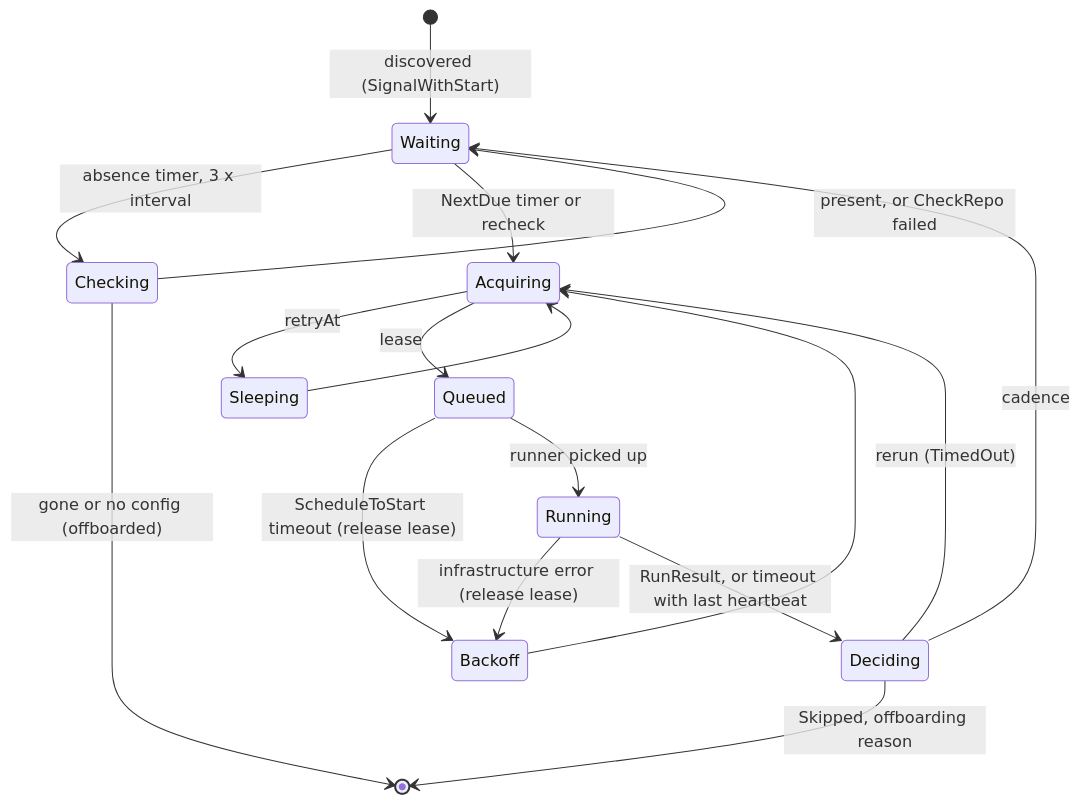
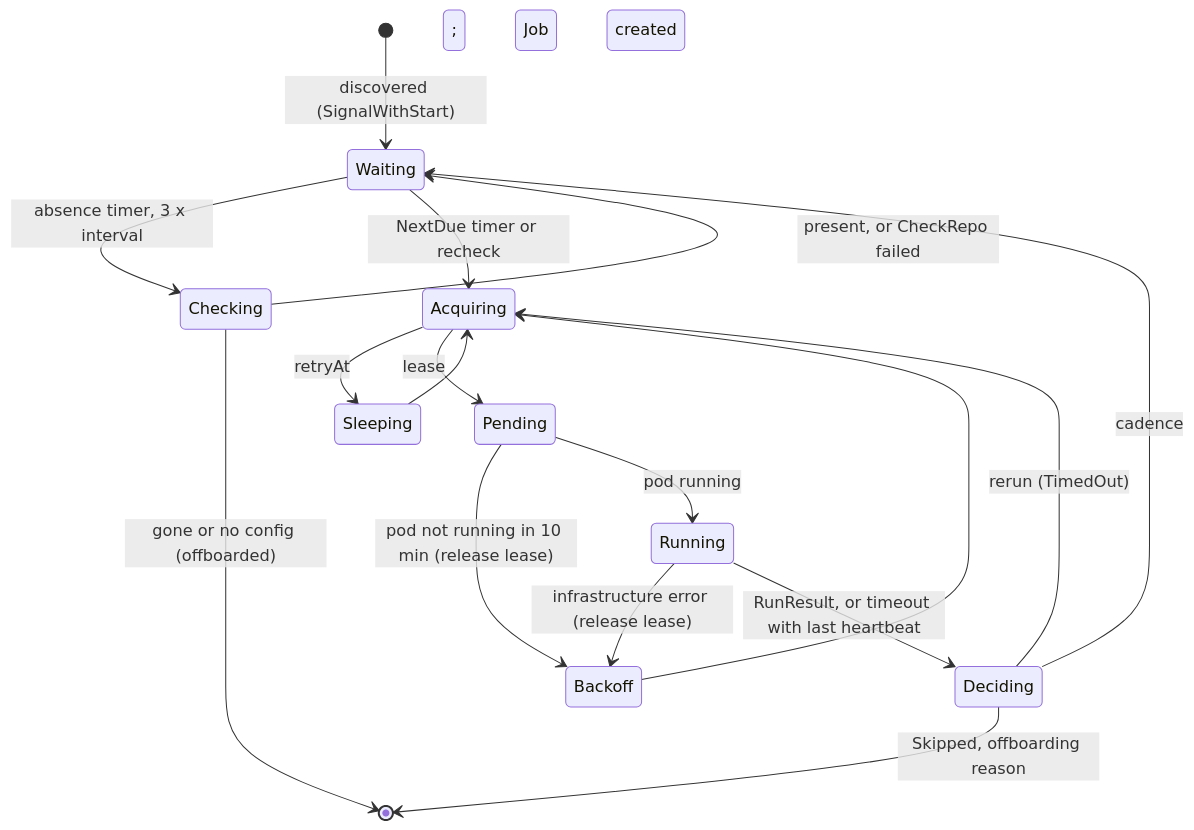
One commit to donaldgifford/boop changed the third of 4 diagrams in docs/design/0001-boopd-spike-workflows-runrenovate-activity-and-worker.md. Above: the diagram before and after it, drawn with Mermaid. The commit also changed other lines of this file and 6 other files, not shown here.

````diff
--- a/docs/design/0001-boopd-spike-workflows-runrenovate-activity-and-worker.md
+++ b/docs/design/0001-boopd-spike-workflows-runrenovate-activity-and-worker.md
@@ -353,19 +407,19 @@
 ```mermaid
 stateDiagram-v2
   [*] --> Waiting: discovered (SignalWithStart)
   Waiting --> Checking: absence timer, 3 x interval
   Checking --> Waiting: present, or CheckRepo failed
   Checking --> [*]: gone or no config (offboarded)
   Waiting --> Acquiring: NextDue timer or recheck
   Acquiring --> Sleeping: retryAt
   Sleeping --> Acquiring
-  Acquiring --> Queued: lease
-  Queued --> Backoff: ScheduleToStart timeout (release lease)
-  Queued --> Running: runner picked up
+  Acquiring --> Pending: lease; Job created
+  Pending --> Backoff: pod not running in 10 min (release lease)
+  Pending --> Running: pod running
   Running --> Backoff: infrastructure error (release lease)
   Backoff --> Acquiring
   Running --> Deciding: RunResult, or timeout with last heartbeat
   Deciding --> Acquiring: rerun (TimedOut)
   Deciding --> Waiting: cadence
   Deciding --> [*]: Skipped, offboarding reason
 ```
````
